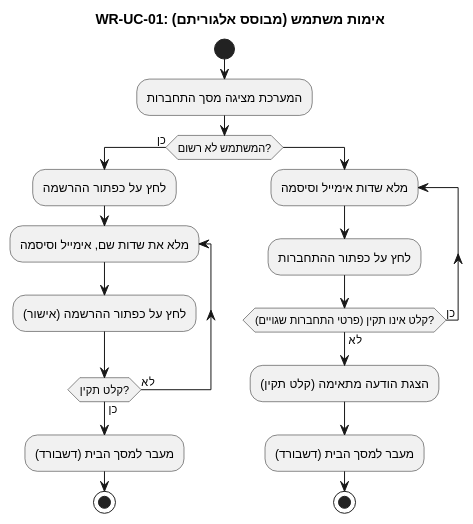
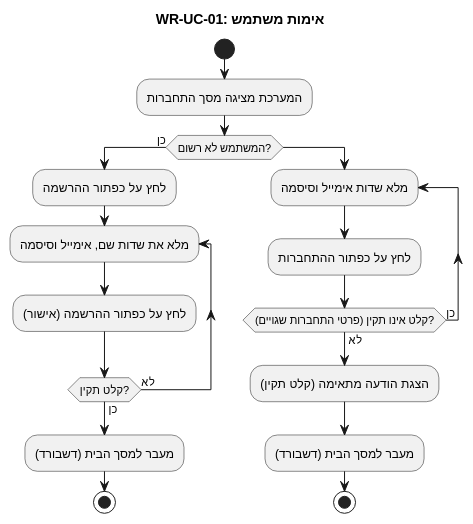
One commit to Arado3333/PageByPage_Israel_Arad changed the diagram in UML/Activity/Writer/WR-UC-01.puml. Above: the diagram before and after it, drawn with PlantUML. The commit also changed 9 other files, not shown here.

```diff
--- a/UML/Activity/Writer/WR-UC-01.puml
+++ b/UML/Activity/Writer/WR-UC-01.puml
@@ -1,28 +1,28 @@
 @startuml
 !pragma useVerticalIf on
 
-title WR-UC-01: אימות משתמש (מבוסס אלגוריתם)
+title WR-UC-01: אימות משתמש
 
 start
 :המערכת מציגה מסך התחברות;
 
 if (המשתמש לא רשום?) is (כן) then
     :לחץ על כפתור ההרשמה;
 
 repeat :מלא את שדות שם, אימייל וסיסמה;
     :לחץ על כפתור ההרשמה (אישור);
 repeat while (קלט תקין?) is (לא) not (כן)
     :מעבר למסך הבית (דשבורד);
     stop
        
 else
     repeat :מלא שדות אימייל וסיסמה;
         :לחץ על כפתור ההתחברות;
     repeat while (קלט אינו תקין (פרטי התחברות שגויים)?) is (כן) not (לא)
     :הצגת הודעה מתאימה (קלט תקין);
     :מעבר למסך הבית (דשבורד);
     stop
 endif
 
 
 @enduml
```
